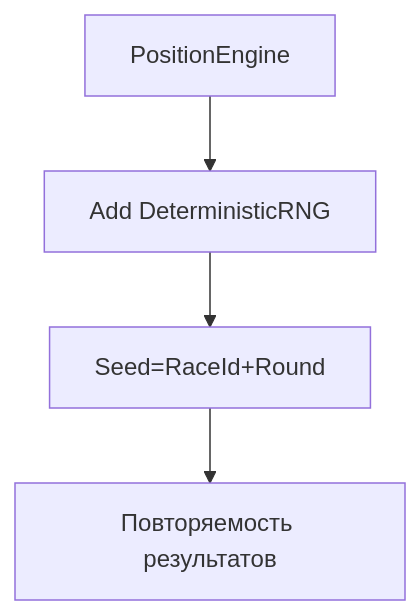
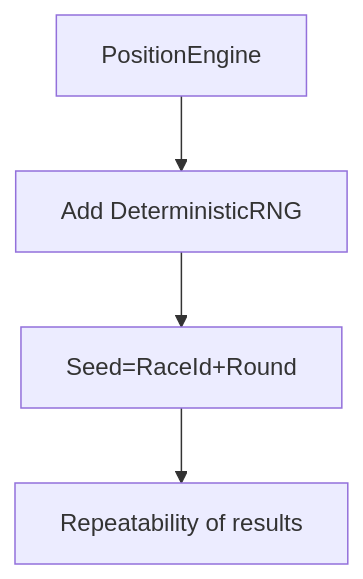
Before and after one commit to cpp20120/RollTheDice: diagram 27 of 35 in Architecture.md, drawn with Mermaid. The commit also changed other lines of this file, not shown here.

````diff
--- a/Architecture.md
+++ b/Architecture.md
@@ -532,6 +532,6 @@
 ```mermaid
 flowchart TD
     A[PositionEngine] --> B[Add DeterministicRNG]
     B --> C[Seed=RaceId+Round]
-    C --> D[Повторяемость результатов]
+    C --> D[Repeatability of results]
 ```
````
